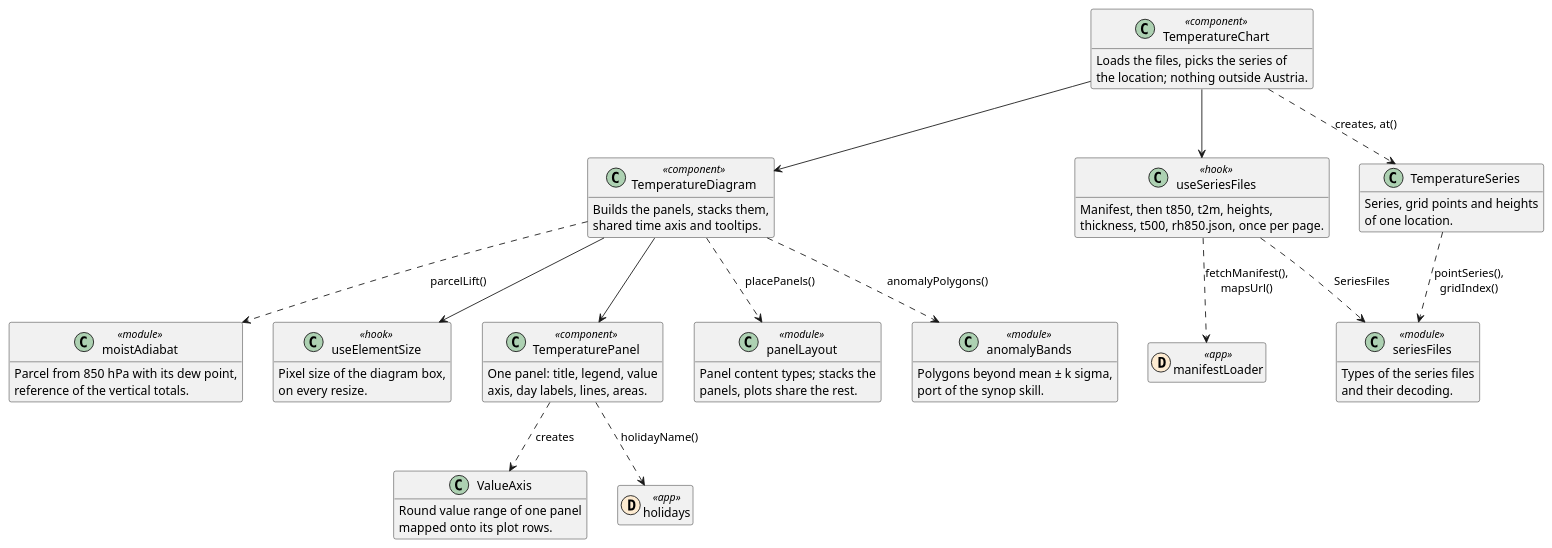
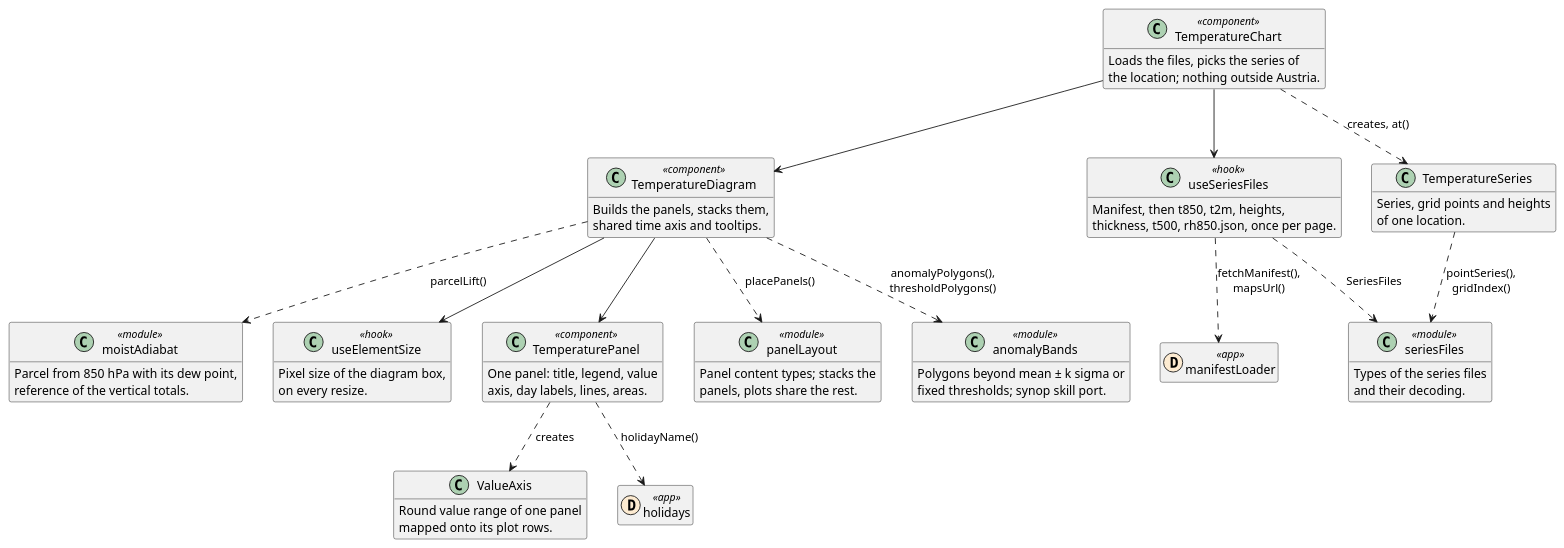
The second of 2 diagrams in REFERENCE.webapp.md (schletz/wetterkartenviewer), drawn with PlantUML before and after one commit. The commit also changed other lines of this file and 6 other files, not shown here.

````diff
--- a/REFERENCE.webapp.md
+++ b/REFERENCE.webapp.md
@@ -163,64 +163,64 @@
 ```plantuml
 @startuml temperature
 hide empty members
 class TemperatureChart <<component>> {
  Loads the files, picks the series of
  the location; nothing outside Austria.
 }
 class TemperatureDiagram <<component>> {
  Builds the panels, stacks them,
  shared time axis and tooltips.
 }
 class TemperaturePanel <<component>> {
  One panel: title, legend, value
  axis, day labels, lines, areas.
 }
 class useSeriesFiles <<hook>> {
  Manifest, then t850, t2m, heights,
  thickness, t500, rh850.json, once per page.
 }
 class TemperatureSeries {
  Series, grid points and heights
  of one location.
 }
 class panelLayout <<module>> {
  Panel content types; stacks the
  panels, plots share the rest.
 }
 class ValueAxis {
  Round value range of one panel
  mapped onto its plot rows.
 }
 class anomalyBands <<module>> {
- Polygons beyond mean ± k sigma,
- port of the synop skill.
+ Polygons beyond mean ± k sigma or
+ fixed thresholds; synop skill port.
 }
 class moistAdiabat <<module>> {
  Parcel from 850 hPa with its dew point,
  reference of the vertical totals.
 }
 class seriesFiles <<module>> {
  Types of the series files
  and their decoding.
 }
 class useElementSize <<hook>> {
  Pixel size of the diagram box,
  on every resize.
 }
 class manifestLoader << (D,#fdebd1) app >>
 class holidays << (D,#fdebd1) app >>
 TemperatureChart --> useSeriesFiles
 TemperatureChart ..> TemperatureSeries : creates, at()
 TemperatureChart --> TemperatureDiagram
 useSeriesFiles ..> manifestLoader : fetchManifest(),\nmapsUrl()
 useSeriesFiles ..> seriesFiles : SeriesFiles
 TemperatureSeries ..> seriesFiles : pointSeries(),\ngridIndex()
 TemperatureDiagram ..> panelLayout : placePanels()
-TemperatureDiagram ..> anomalyBands : anomalyPolygons()
+TemperatureDiagram ..> anomalyBands : anomalyPolygons(),\nthresholdPolygons()
 TemperatureDiagram ..> moistAdiabat : parcelLift()
 TemperatureDiagram --> TemperaturePanel
 TemperatureDiagram --> useElementSize
 TemperaturePanel ..> ValueAxis : creates
 TemperaturePanel ..> holidays : holidayName()
 @enduml
 ```
````
